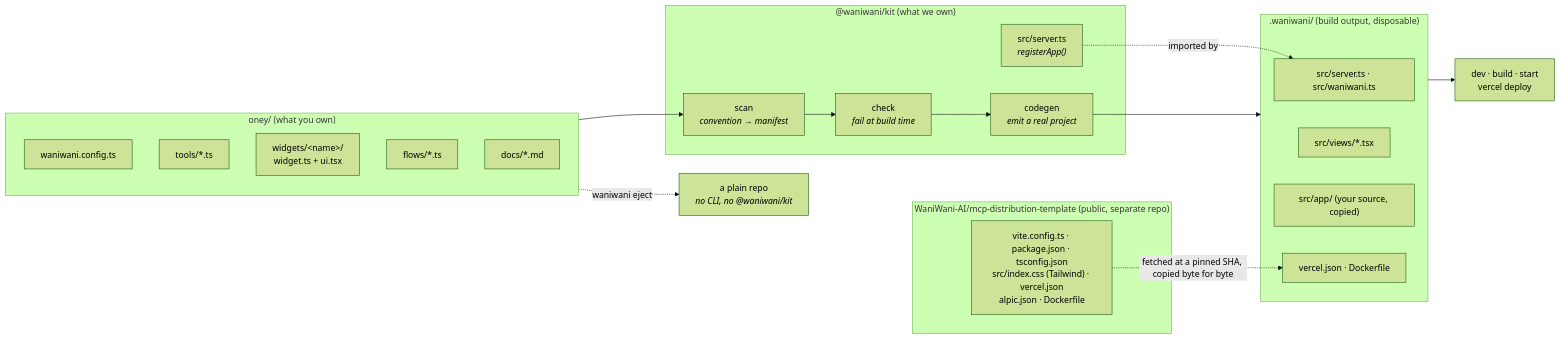
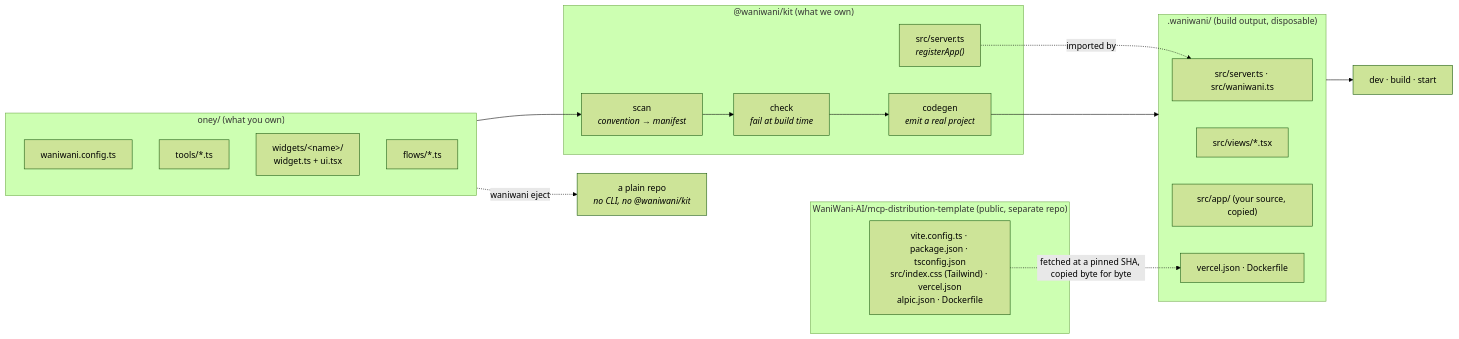
The first of 2 diagrams in README.md (WaniWani-AI/kit), drawn with Mermaid (forest theme) before and after one commit. The commit also changed other lines of this file and 18 other files, not shown here.

````diff
--- a/README.md
+++ b/README.md
@@ -405,34 +417,33 @@
 ```mermaid
 flowchart LR
     subgraph app["oney/ (what you own)"]
         cfg["waniwani.config.ts"]
         tools["tools/*.ts"]
         widgets["widgets/&lt;name&gt;/<br/>widget.ts + ui.tsx"]
         flows["flows/*.ts"]
-        docs["docs/*.md"]
     end
 
     subgraph tpl["WaniWani-AI/mcp-distribution-template (public, separate repo)"]
         raw["vite.config.ts · package.json · tsconfig.json<br/>src/index.css (Tailwind) · vercel.json<br/>alpic.json · Dockerfile"]
     end
 
     subgraph cli["@waniwani/kit (what we own)"]
         scan["scan<br/><i>convention → manifest</i>"]
         check["check<br/><i>fail at build time</i>"]
         gen["codegen<br/><i>emit a real project</i>"]
         runtime["src/server.ts<br/><i>registerApp()</i>"]
     end
 
     subgraph out[".waniwani/ (build output, disposable)"]
         server["src/server.ts · src/waniwani.ts"]
         views["src/views/*.tsx"]
         appsrc["src/app/ (your source, copied)"]
         deployfiles["vercel.json · Dockerfile"]
     end
 
     app --> scan --> check --> gen --> out
     runtime -.imported by.-> server
     raw -.fetched at a pinned SHA, copied byte for byte.-> deployfiles
-    out --> deploy["dev · build · start<br/>vercel deploy"]
+    out --> deploy["dev · build · start"]
     app -.waniwani eject.-> ejected["a plain repo<br/><i>no CLI, no @waniwani/kit</i>"]
 ```
````
